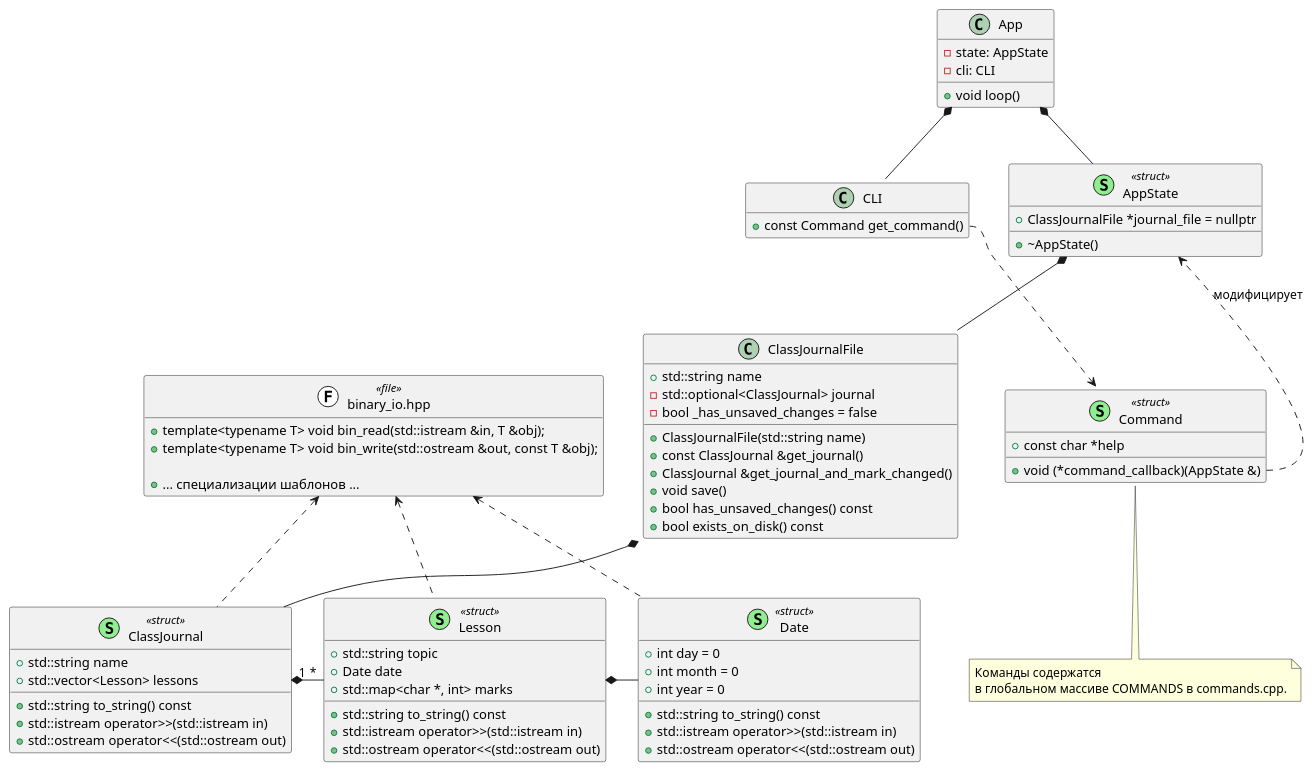
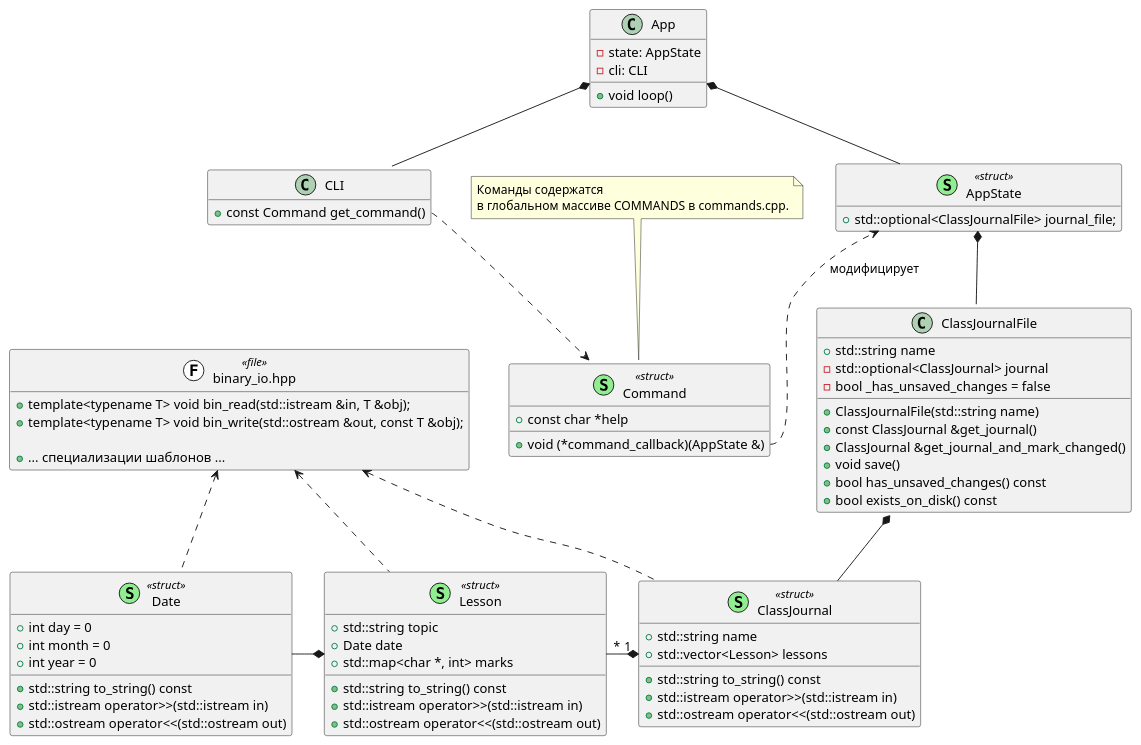
One commit to pivandco/university changed the diagram in IOOverride/9/classes.puml. Above: the diagram before and after it, drawn with PlantUML. The commit also changed 1 other file, not shown here.

Commit message:
Подкрутил схемку

```diff
--- a/IOOverride/9/classes.puml
+++ b/IOOverride/9/classes.puml
@@ -1,96 +1,96 @@
 @startuml IO_Override_9
 
 hide empty members
 remove FileIsEmptyException
 set namespaceSeparator none
 
 class App {
     - state: AppState
     - cli: CLI
 
     + void loop()
 }
 App *-- CLI
 App *-- AppState
 
 together {
     class CLI {
         + const Command get_command()
     }
     ' App ..> Command : получает
     CLI::get_command ..> Command
 
     class AppState <<(S,lightgreen) struct>> {
-        + ClassJournalFile *journal_file = nullptr
-
-        + ~AppState()
+        + std::optional<ClassJournalFile> journal_file;
     }
     AppState *-- ClassJournalFile
 }
 
 class Command <<(S,lightgreen) struct>> {
     + const char *help
     + void (*command_callback)(AppState &)
 }
-note bottom : Команды содержатся\nв глобальном массиве COMMANDS в commands.cpp.
+note top : Команды содержатся\nв глобальном массиве COMMANDS в commands.cpp.
 Command::command_callback ..> AppState : модифицирует
 
-class ClassJournalFile {
-    + std::string name
-    - std::optional<ClassJournal> journal
-    - bool _has_unsaved_changes = false
+together {
+    class ClassJournalFile {
+        + std::string name
+        - std::optional<ClassJournal> journal
+        - bool _has_unsaved_changes = false
 
-    + ClassJournalFile(std::string name)
-    + const ClassJournal &get_journal()
-    + ClassJournal &get_journal_and_mark_changed()
-    + void save()
-    + bool has_unsaved_changes() const
-    + bool exists_on_disk() const
+        + ClassJournalFile(std::string name)
+        + const ClassJournal &get_journal()
+        + ClassJournal &get_journal_and_mark_changed()
+        + void save()
+        + bool has_unsaved_changes() const
+        + bool exists_on_disk() const
+    }
+    ClassJournalFile *-- ClassJournal
+
+    class ClassJournal <<(S,lightgreen) struct>> {
+        + std::string name
+        + std::vector<Lesson> lessons
+
+        + std::string to_string() const
+        + std::istream operator>>(std::istream in)
+        + std::ostream operator<<(std::ostream out)
+    }
+    ClassJournal "1" *- "*" Lesson
 }
-ClassJournalFile *-- ClassJournal
 
 class FileIsEmptyException <<(E,red) exception>>
 FileIsEmptyException <. ClassJournalFile::load
-
-class ClassJournal <<(S,lightgreen) struct>> {
-    + std::string name
-    + std::vector<Lesson> lessons
-
-    + std::string to_string() const
-    + std::istream operator>>(std::istream in)
-    + std::ostream operator<<(std::ostream out)
-}
-ClassJournal "1" *- "*" Lesson
 
 class Lesson <<(S,lightgreen) struct>> {
     + std::string topic
     + Date date
     + std::map<char *, int> marks
 
     + std::string to_string() const
     + std::istream operator>>(std::istream in)
     + std::ostream operator<<(std::ostream out)
 }
 Lesson *- Date
 
 class Date <<(S,lightgreen) struct>> {
     + int day = 0
     + int month = 0
     + int year = 0
 
     + std::string to_string() const
     + std::istream operator>>(std::istream in)
     + std::ostream operator<<(std::ostream out)
 }
 
 class binary_io.hpp <<(F,white) file>> {
     + template<typename T> void bin_read(std::istream &in, T &obj);
     + template<typename T> void bin_write(std::ostream &out, const T &obj);
 
     + {method} ... специализации шаблонов ...
 }
 binary_io.hpp <.. ClassJournal
 binary_io.hpp <.. Lesson
 binary_io.hpp <.. Date
 
 @enduml
```
